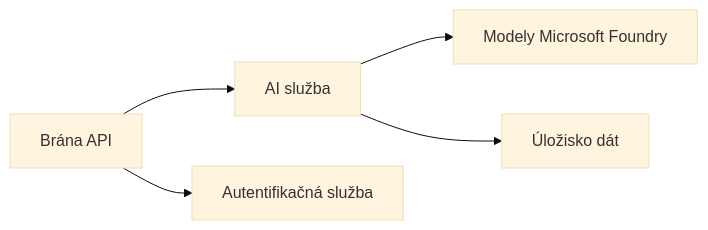
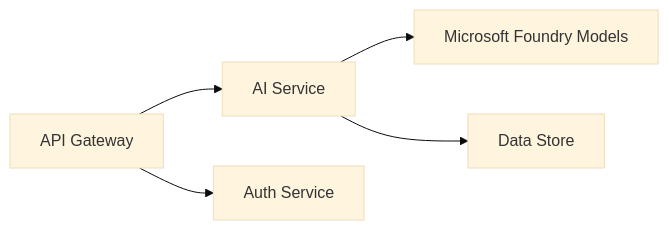
The first of 2 diagrams in translations/sk/docs/chapter-08-production/README.md (microsoft/AZD-for-beginners), drawn with Mermaid (base theme) before and after one commit. The commit also changed other lines of this file and 164 other files, not shown here.

````diff
--- a/translations/sk/docs/chapter-08-production/README.md
+++ b/translations/sk/docs/chapter-08-production/README.md
@@ -48,6 +50,6 @@
 ```mermaid
 graph LR
-    Gateway[Brána API] --> AI[AI služba] --> Models[Modely Microsoft Foundry]
-    Gateway --> Auth[Autentifikačná služba]
-    AI --> Data[Úložisko dát]
+    Gateway[API Gateway] --> AI[AI Service] --> Models[Microsoft Foundry Models]
+    Gateway --> Auth[Auth Service]
+    AI --> Data[Data Store]
 ```
````
